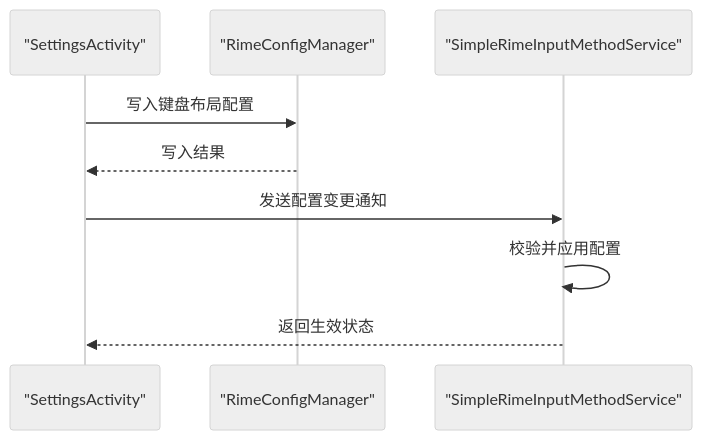
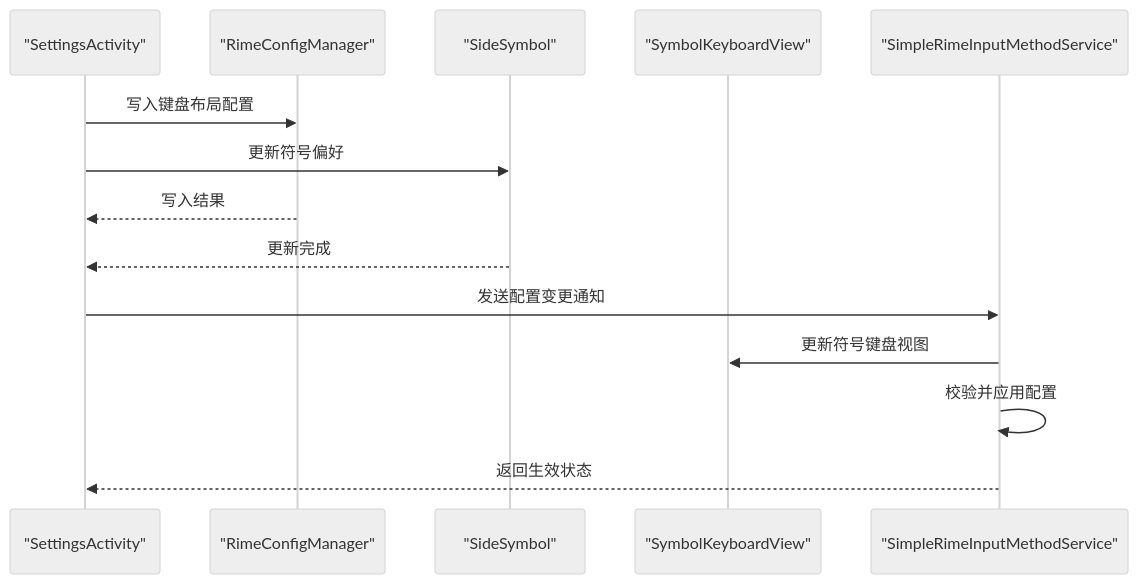
The seventh of 8 diagrams in .qoder/repowiki/zh/content/架构设计/分层架构设计/UI 层设计/设置界面 (SettingsActivity).md (qiaodashaoye/ziyou-ime), drawn with Mermaid (neutral theme) before and after one commit. The commit also changed other lines of this file and 4 other files, not shown here.

Commit message:
docs(repowiki): 同步 AI 面板/图片发送/符号键盘 架构文档

````diff
--- a/.qoder/repowiki/zh/content/架构设计/分层架构设计/UI 层设计/设置界面 (SettingsActivity).md
+++ b/.qoder/repowiki/zh/content/架构设计/分层架构设计/UI 层设计/设置界面 (SettingsActivity).md
@@ -229,11 +297,16 @@
 ```mermaid
 sequenceDiagram
 participant S as "SettingsActivity"
 participant R as "RimeConfigManager"
+participant SS as "SideSymbol"
+participant SKV as "SymbolKeyboardView"
 participant I as "SimpleRimeInputMethodService"
 S->>R : 写入键盘布局配置
+S->>SS : 更新符号偏好
 R-->>S : 写入结果
+SS-->>S : 更新完成
 S->>I : 发送配置变更通知
+I->>SKV : 更新符号键盘视图
 I->>I : 校验并应用配置
 I-->>S : 返回生效状态
 ```
````
